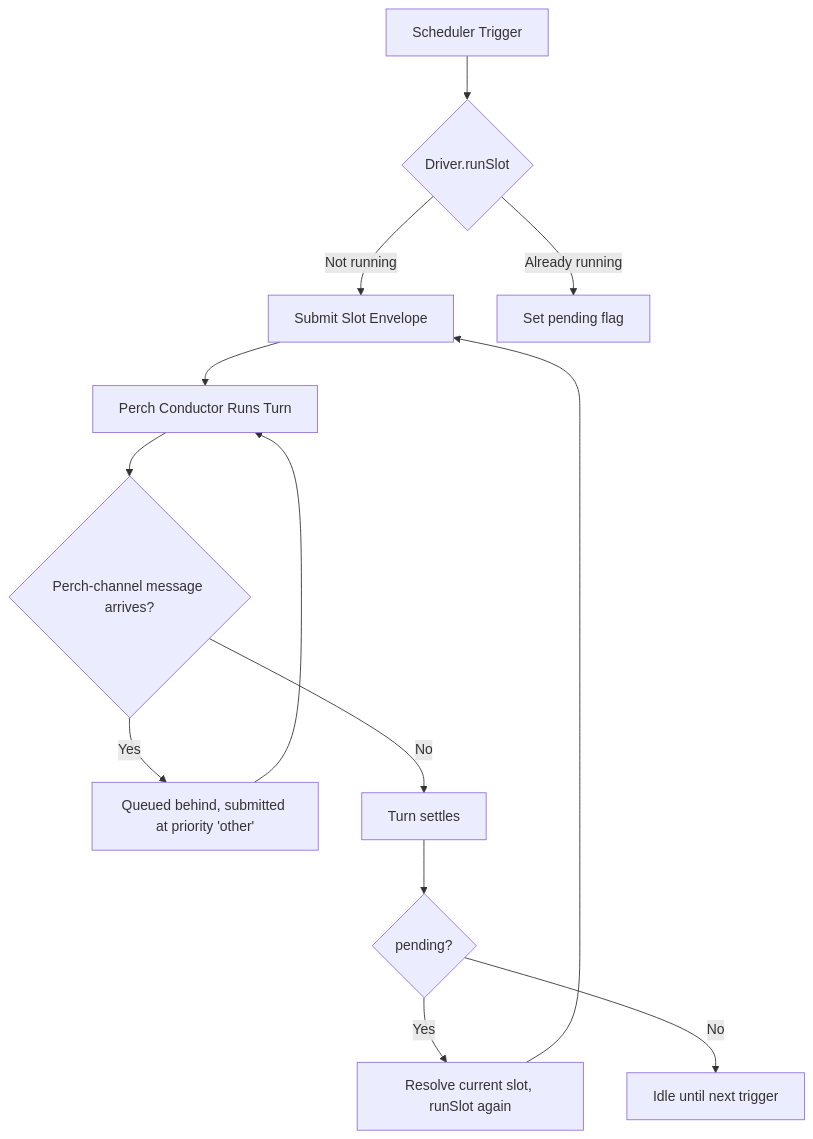
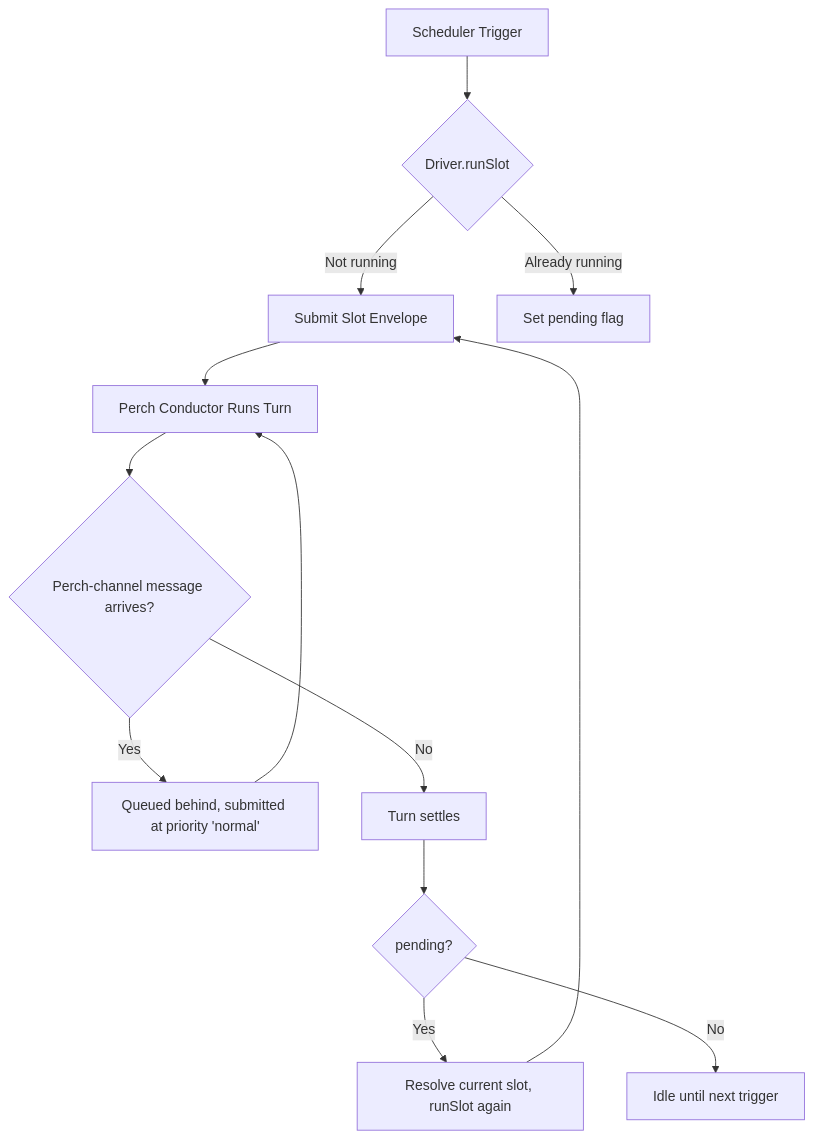
The diagram in src/agent/perch/README.md (hughescr/isambard), drawn with Mermaid before and after one commit. The commit also changed other lines of this file and 34 other files, not shown here.

````diff
--- a/src/agent/perch/README.md
+++ b/src/agent/perch/README.md
@@ -87,15 +87,15 @@
 ```mermaid
 graph TD
     A[Scheduler Trigger] --> B{Driver.runSlot}
     B -->|Not running| C[Submit Slot Envelope]
     B -->|Already running| D[Set pending flag]
     C --> E[Perch Conductor Runs Turn]
     E --> F{Perch-channel message arrives?}
-    F -->|Yes| G[Queued behind, submitted at priority 'other']
+    F -->|Yes| G[Queued behind, submitted at priority 'normal']
     G --> E
     F -->|No| H[Turn settles]
     H --> I{pending?}
     I -->|Yes| J[Resolve current slot, runSlot again]
     J --> C
     I -->|No| K[Idle until next trigger]
 ```
````
